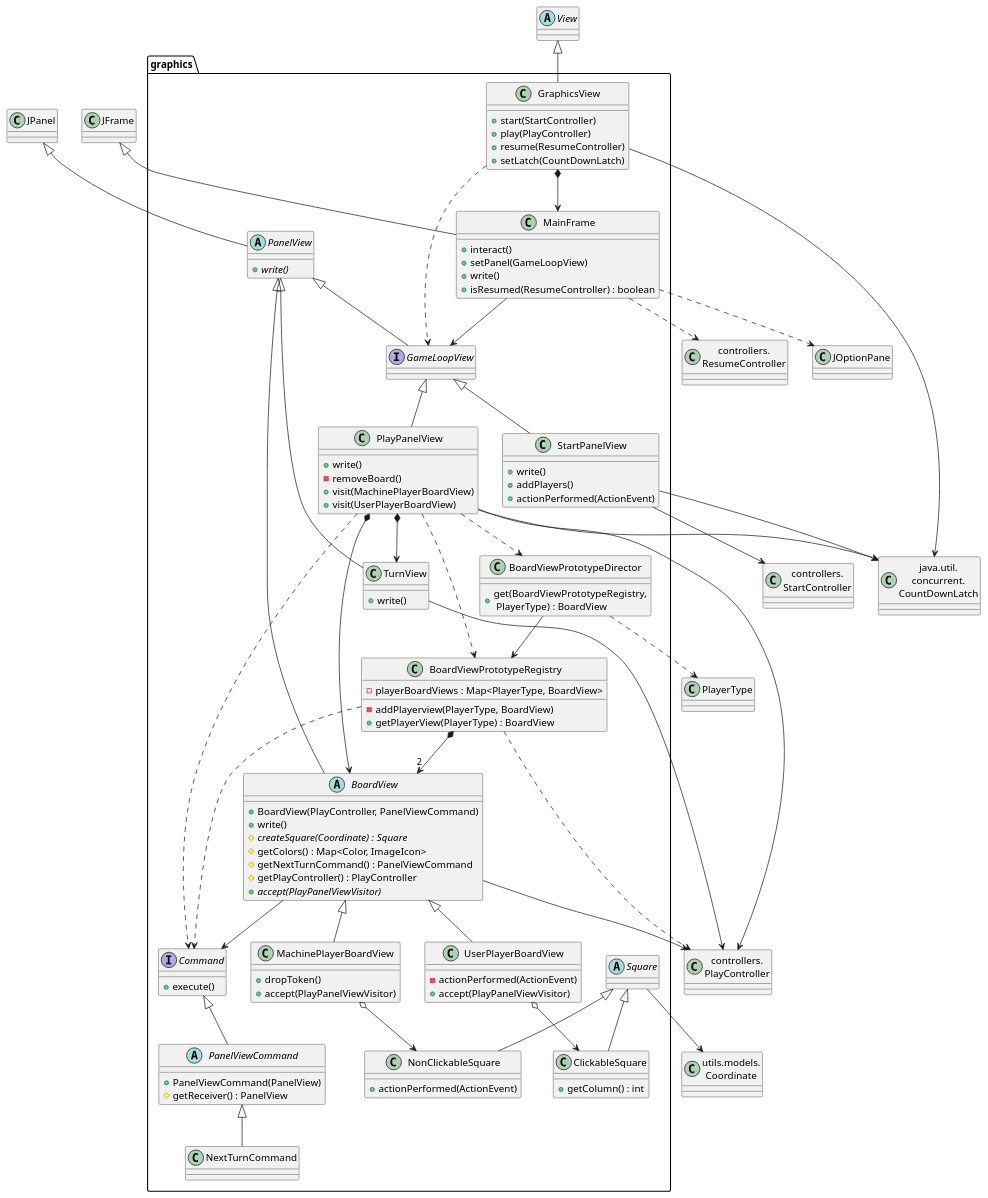
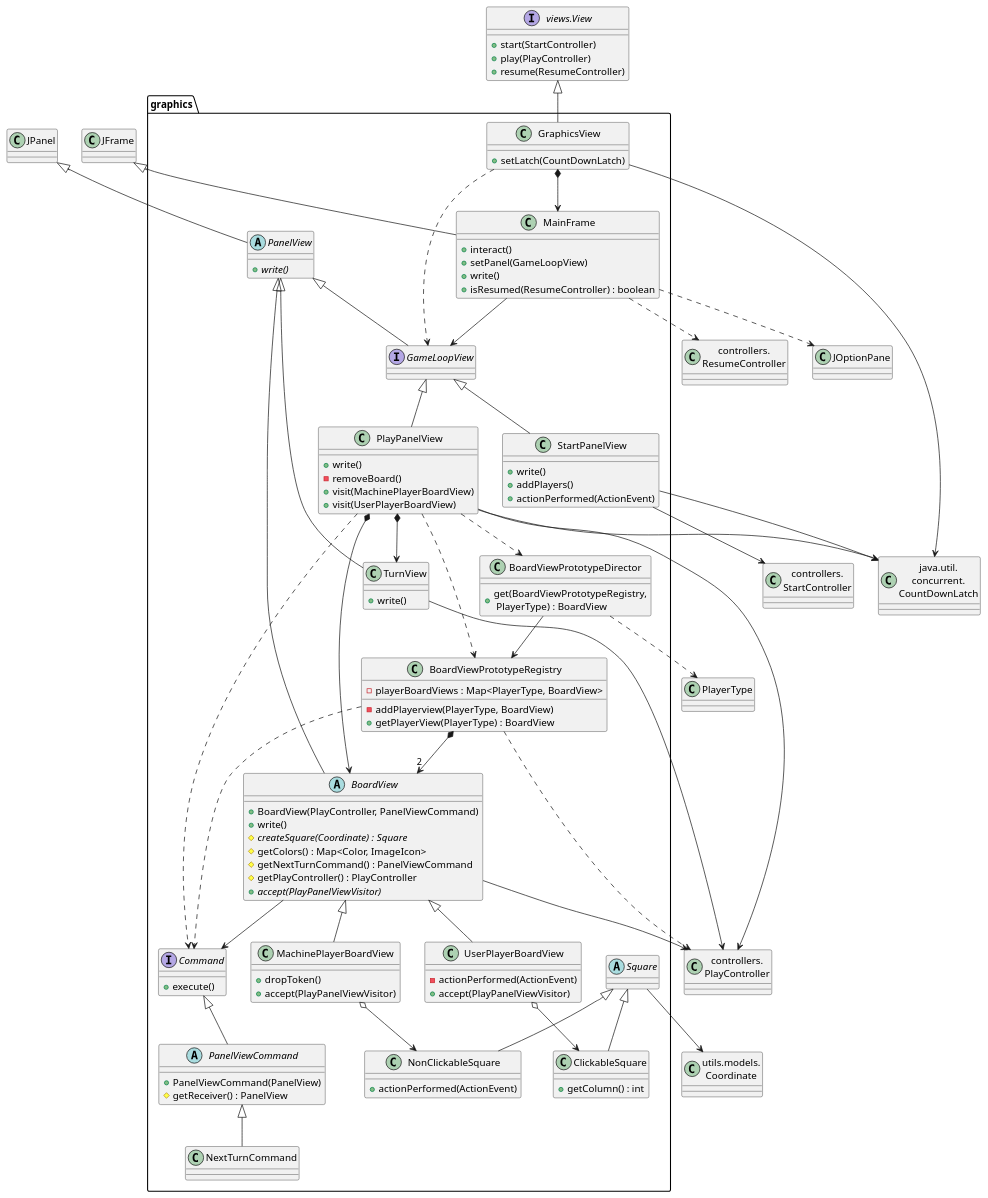
Before and after one commit to js-rom/connect4: the diagram in connect4/Docs/diagrams/src/packages/connect4.connect4.views.graphics.plantuml, drawn with PlantUML. The commit also changed 7 other files, not shown here.

```diff
--- a/connect4/Docs/diagrams/src/packages/connect4.connect4.views.graphics.plantuml
+++ b/connect4/Docs/diagrams/src/packages/connect4.connect4.views.graphics.plantuml
@@ -1,139 +1,141 @@
 @startuml connect4.connect4.views.graphics
 class graphics.GraphicsView {
-    +start(StartController)
-    +play(PlayController)
-    +resume(ResumeController)
     +setLatch(CountDownLatch)
 }
 
 class CountDownLatch as "java.util.\nconcurrent.\nCountDownLatch"
 class graphics.MainFrame{
      +interact()
     +setPanel(GameLoopView)
     +write()
     +isResumed(ResumeController) : boolean
 }
 abstract class graphics.PanelView {
     + {abstract} write()
 }
 interface graphics.GameLoopView
 class graphics.StartPanelView {
     +write()
     +addPlayers()
     +actionPerformed(ActionEvent)
 }
 
 class graphics.PlayPanelView{
     +write()
     -removeBoard()
     +visit(MachinePlayerBoardView)
     +visit(UserPlayerBoardView)
 }
 abstract class graphics.BoardView {
     + BoardView(PlayController, PanelViewCommand)
     + write()
     #  {abstract}  createSquare(Coordinate) : Square
     # getColors() : Map<Color, ImageIcon>
     # getNextTurnCommand() : PanelViewCommand
     # getPlayController() : PlayController
     +  {abstract}  accept(PlayPanelViewVisitor)
 }
 class graphics.BoardViewPrototypeDirector{
     +get(BoardViewPrototypeRegistry,\n PlayerType) : BoardView
 }
 class graphics.BoardViewPrototypeRegistry{
     -playerBoardViews : Map<PlayerType, BoardView> 
     -addPlayerview(PlayerType, BoardView)
     +getPlayerView(PlayerType) : BoardView
 }
 interface graphics.Command {
     +execute()
 }
 abstract class graphics.PanelViewCommand {
     +PanelViewCommand(PanelView)
     #getReceiver() : PanelView
 }
 class graphics.MachinePlayerBoardView {
     +dropToken()
     +accept(PlayPanelViewVisitor)
 }
 class graphics.UserPlayerBoardView{
     -actionPerformed(ActionEvent)
     +accept(PlayPanelViewVisitor)
 }
 
 class graphics.NextTurnCommand
 abstract class graphics.Square
 class graphics.ClickableSquare {
     + getColumn() : int
 }
 class graphics.NonClickableSquare {
     + actionPerformed(ActionEvent)
 }
 class graphics.TurnView{
     +write()
 }
 abstract class graphics.PanelView
 class StartController as "controllers.\nStartController"
 class PlayController as "controllers.\nPlayController"
 class ResumeController as "controllers.\nResumeController"
 class Coordinate as "utils.models.\nCoordinate"
+interface View as "views.View"{
+    +start(StartController)
+    +play(PlayController)
+    +resume(ResumeController)
+}
 
 
 GraphicsView --> CountDownLatch
 class JFrame
 JFrame <|-- MainFrame
 GraphicsView *--> MainFrame
 
 
 StartPanelView --> StartController
 StartPanelView --> CountDownLatch
 PlayPanelView --> PlayController
 PlayPanelView --> CountDownLatch
 BoardView --> PlayController
 TurnView --> PlayController
 MainFrame ..> ResumeController
 
-abstract class View
+
 View <|-- GraphicsView
 
 class JOptionPane
 MainFrame ..> JOptionPane
 
 JPanel <|-- PanelView
 PanelView <|-- GameLoopView
 GameLoopView <|-- StartPanelView
 GameLoopView <|-- PlayPanelView
 PanelView <|-- BoardView
 PanelView <|-- TurnView
 
 GraphicsView ..> GameLoopView
 MainFrame --> GameLoopView
 
 PlayPanelView *--> BoardView
 PlayPanelView *--> TurnView
 PlayPanelView ..> BoardViewPrototypeRegistry
 PlayPanelView ..> BoardViewPrototypeDirector
 BoardViewPrototypeDirector --> BoardViewPrototypeRegistry
 BoardViewPrototypeDirector ..> PlayerType
 BoardViewPrototypeRegistry ..> PlayController
 BoardViewPrototypeRegistry ..> Command
 BoardViewPrototypeRegistry *--> "2"BoardView
 
 
 PlayPanelView ..> Command
 
 Command <|-- PanelViewCommand
 PanelViewCommand <|-- NextTurnCommand
 
 
 BoardView <|-- MachinePlayerBoardView
 BoardView <|-- UserPlayerBoardView
 MachinePlayerBoardView o--> NonClickableSquare
 UserPlayerBoardView o--> ClickableSquare
 Square <|-- ClickableSquare
 Square <|-- NonClickableSquare
 BoardView --> Command
 
 Square --> Coordinate
 @enduml
```
